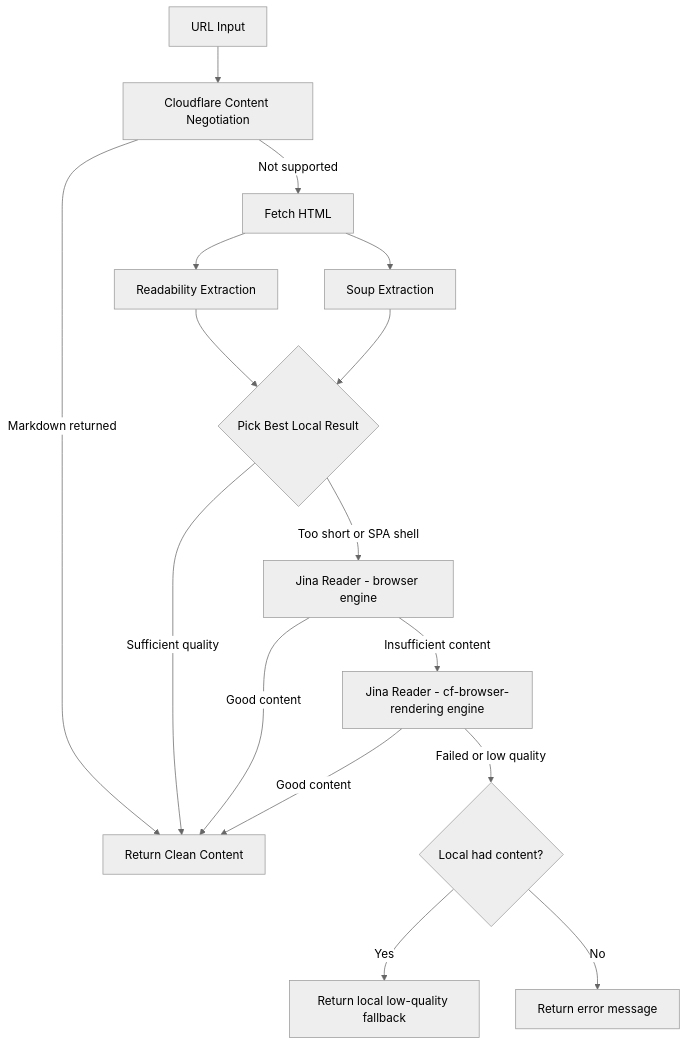
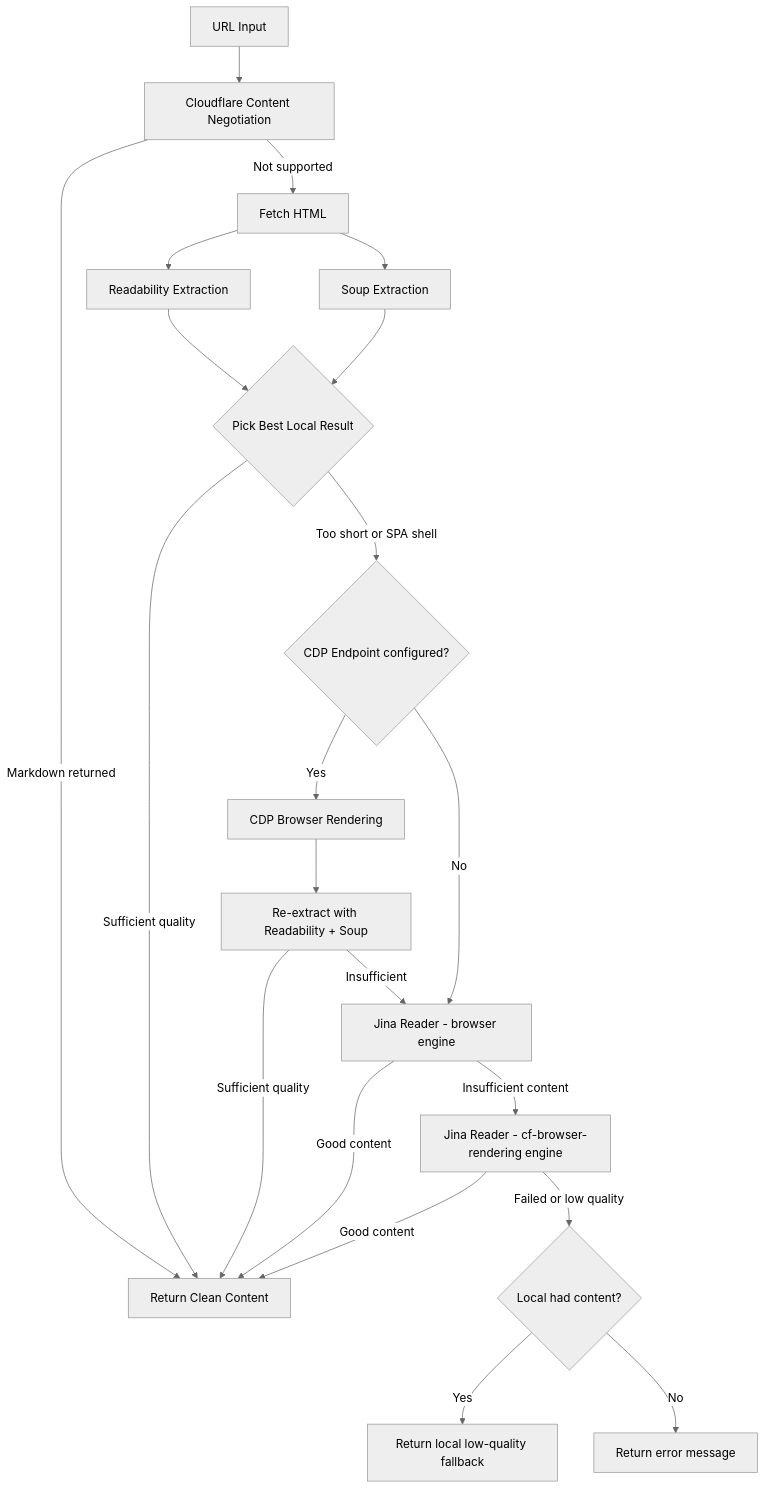
Before and after one commit to Oaklight/toolregistry-hub: the diagram in docs/tools/websearch/web_fetch_tool.md, drawn with Mermaid (neutral theme). The commit also changed other lines of this file and 3 other files, not shown here.

Commit message:
docs: document CDP browser rendering stage in fetch tool

````diff
--- a/docs/tools/websearch/web_fetch_tool.md
+++ b/docs/tools/websearch/web_fetch_tool.md
@@ -91,17 +93,22 @@
 ```mermaid
 flowchart TD
     A[URL Input] --> B[Cloudflare Content Negotiation]
     B -->|Markdown returned| Z[Return Clean Content]
     B -->|Not supported| C[Fetch HTML]
     C --> D[Readability Extraction]
     C --> E[Soup Extraction]
     D & E --> F{Pick Best Local Result}
     F -->|Sufficient quality| Z
-    F -->|Too short or SPA shell| G[Jina Reader - browser engine]
+    F -->|Too short or SPA shell| CDP{CDP Endpoint configured?}
+    CDP -->|Yes| CDP1[CDP Browser Rendering]
+    CDP1 --> CDP2[Re-extract with Readability + Soup]
+    CDP2 -->|Sufficient quality| Z
+    CDP2 -->|Insufficient| G[Jina Reader - browser engine]
+    CDP -->|No| G
     G -->|Good content| Z
     G -->|Insufficient content| G2[Jina Reader - cf-browser-rendering engine]
     G2 -->|Good content| Z
     G2 -->|Failed or low quality| H{Local had content?}
     H -->|Yes| I[Return local low-quality fallback]
     H -->|No| J[Return error message]
 ```
````
